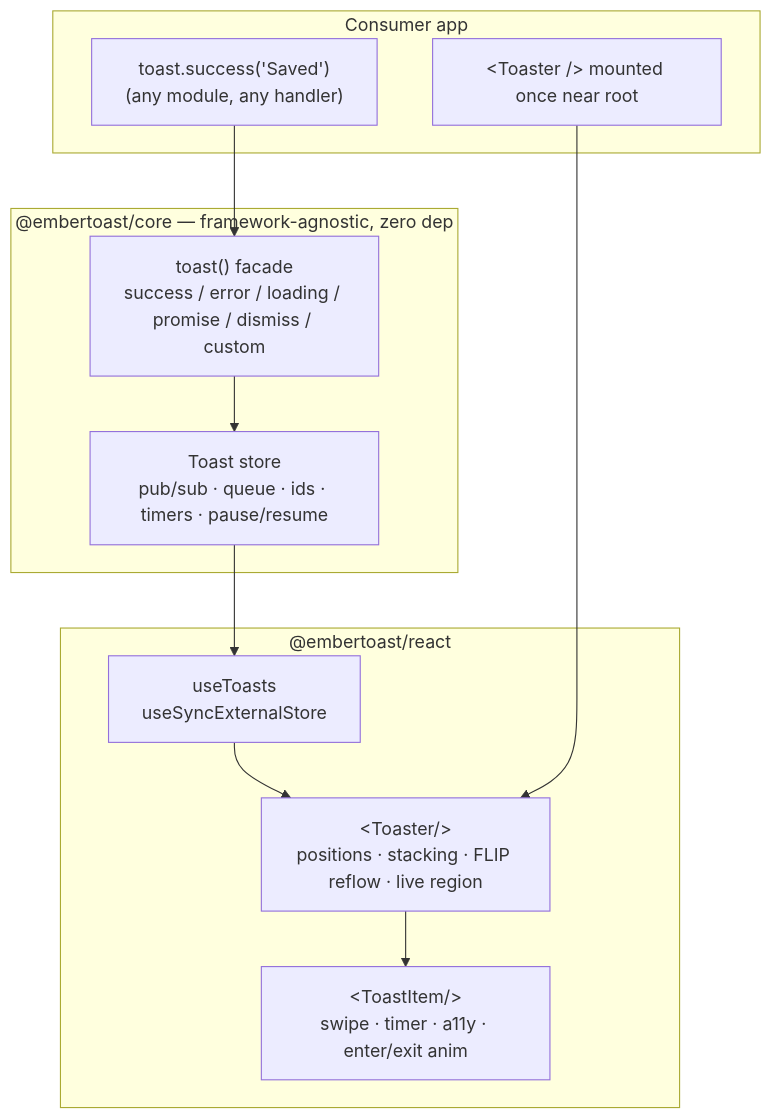
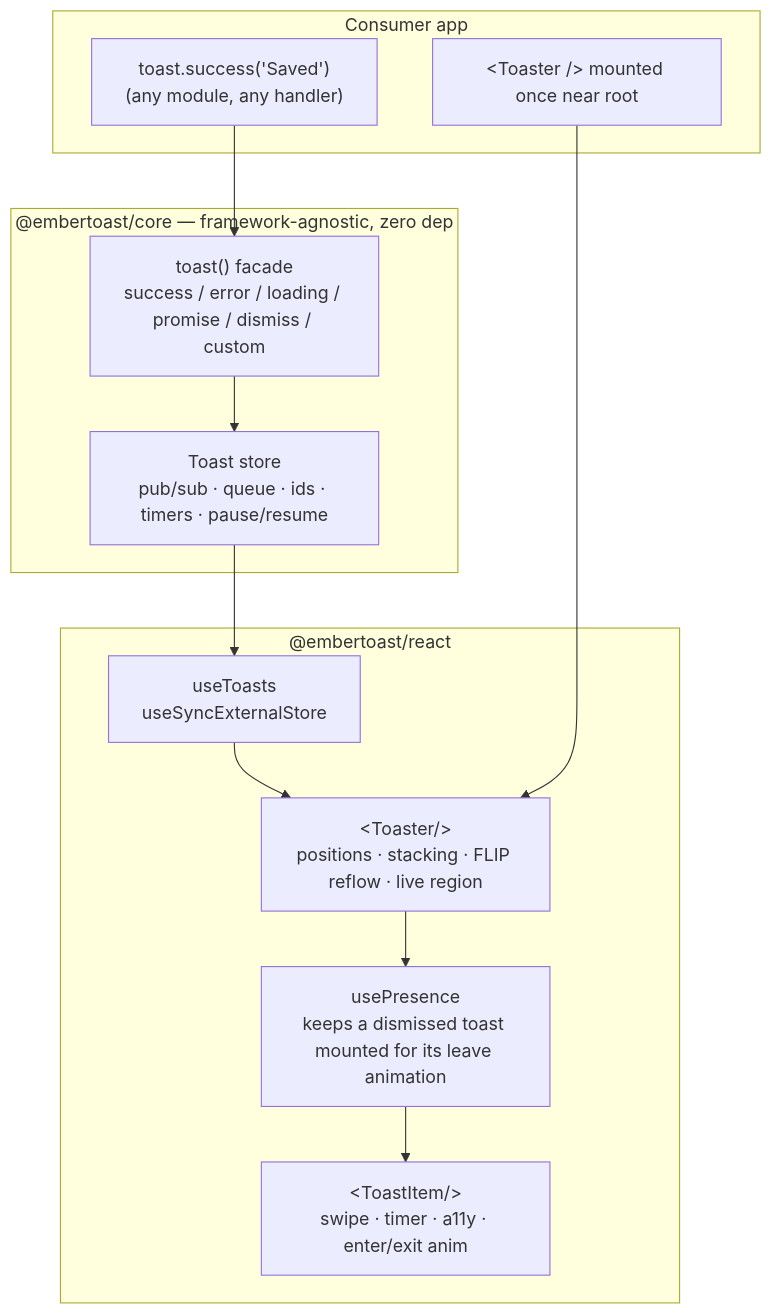
Before and after one commit to zanasalimi/ember-toast: the first of 3 diagrams in docs/ARCHITECTURE.md, drawn with Mermaid. The commit also changed other lines of this file and 2 other files, not shown here.

First line of the commit message:
docs: reconcile architecture to the presence-layer leave animation

````diff
--- a/docs/ARCHITECTURE.md
+++ b/docs/ARCHITECTURE.md
@@ -7,23 +7,25 @@
 ```mermaid
 flowchart TB
     subgraph Core["@embertoast/core — framework-agnostic, zero dep"]
         Store["Toast store<br/>pub/sub · queue · ids · timers · pause/resume"]
         API["toast() facade<br/>success / error / loading / promise / dismiss / custom"]
     end
     subgraph React["@embertoast/react"]
         Hook["useToasts<br/>useSyncExternalStore"]
         Toaster["&lt;Toaster/&gt;<br/>positions · stacking · FLIP reflow · live region"]
+        Presence["usePresence<br/>keeps a dismissed toast mounted for its leave animation"]
         Item["&lt;ToastItem/&gt;<br/>swipe · timer · a11y · enter/exit anim"]
     end
     subgraph Consumer["Consumer app"]
         Call["toast.success('Saved')<br/>(any module, any handler)"]
         Mount["&lt;Toaster /&gt; mounted once near root"]
     end
 
     Call --> API
     API --> Store
     Store --> Hook
     Hook --> Toaster
-    Toaster --> Item
+    Toaster --> Presence
+    Presence --> Item
     Mount --> Toaster
 ```
````
